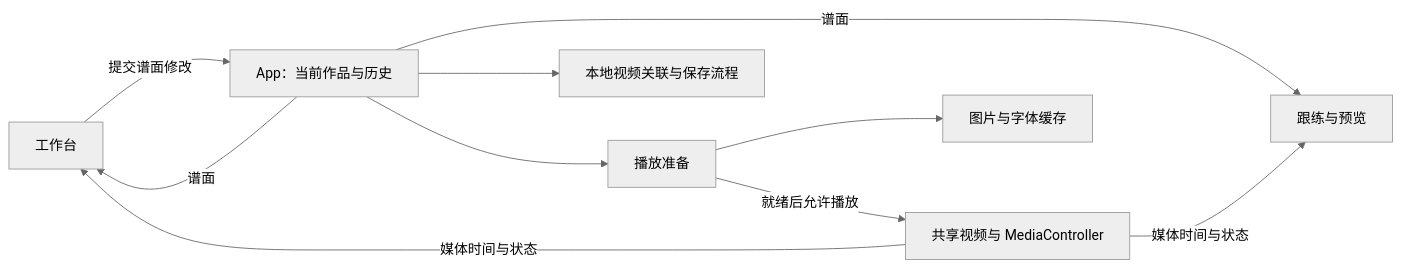
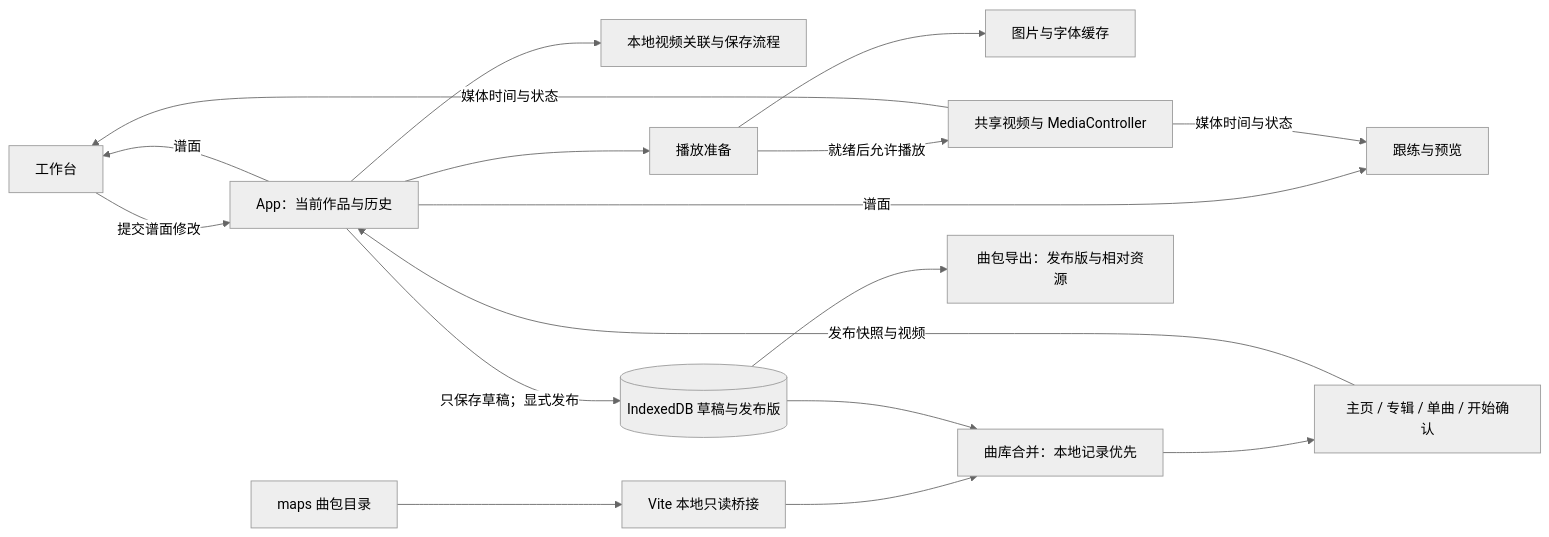
Before and after one commit to Bracer9/Waifu-Fit-Player: the diagram in docs/HLD.md, drawn with Mermaid (neutral theme). The commit also changed other lines of this file and 68 other files, not shown here.

````diff
--- a/docs/HLD.md
+++ b/docs/HLD.md
@@ -9,12 +13,19 @@
 ```mermaid
 flowchart LR
   Editor[工作台] -->|提交谱面修改| App[App：当前作品与历史]
   App -->|谱面| Editor
   App -->|谱面| Player[跟练与预览]
   App --> Local[本地视频关联与保存流程]
   App --> Prep[播放准备]
   Prep --> Cache[图片与字体缓存]
   Prep -->|就绪后允许播放| Media[共享视频与 MediaController]
   Media -->|媒体时间与状态| Editor
   Media -->|媒体时间与状态| Player
+  Maps[maps 曲包目录] --> Bridge[Vite 本地只读桥接]
+  Bridge --> Library[曲库合并：本地记录优先]
+  DB[(IndexedDB 草稿与发布版)] --> Library
+  Library --> Menu[主页 / 专辑 / 单曲 / 开始确认]
+  Menu -->|发布快照与视频| App
+  App -->|只保存草稿；显式发布| DB
+  DB --> Export[曲包导出：发布版与相对资源]
 ```
````
